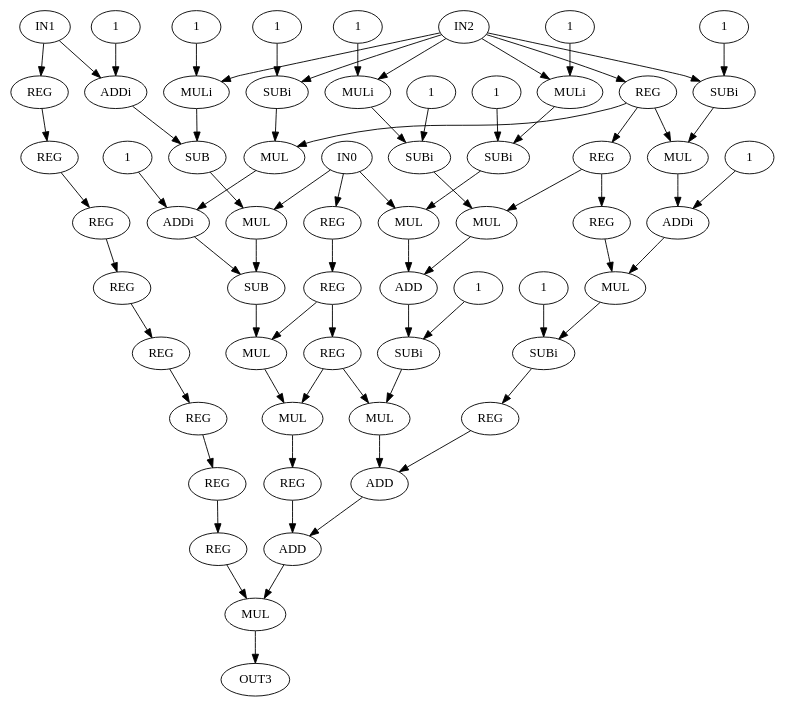
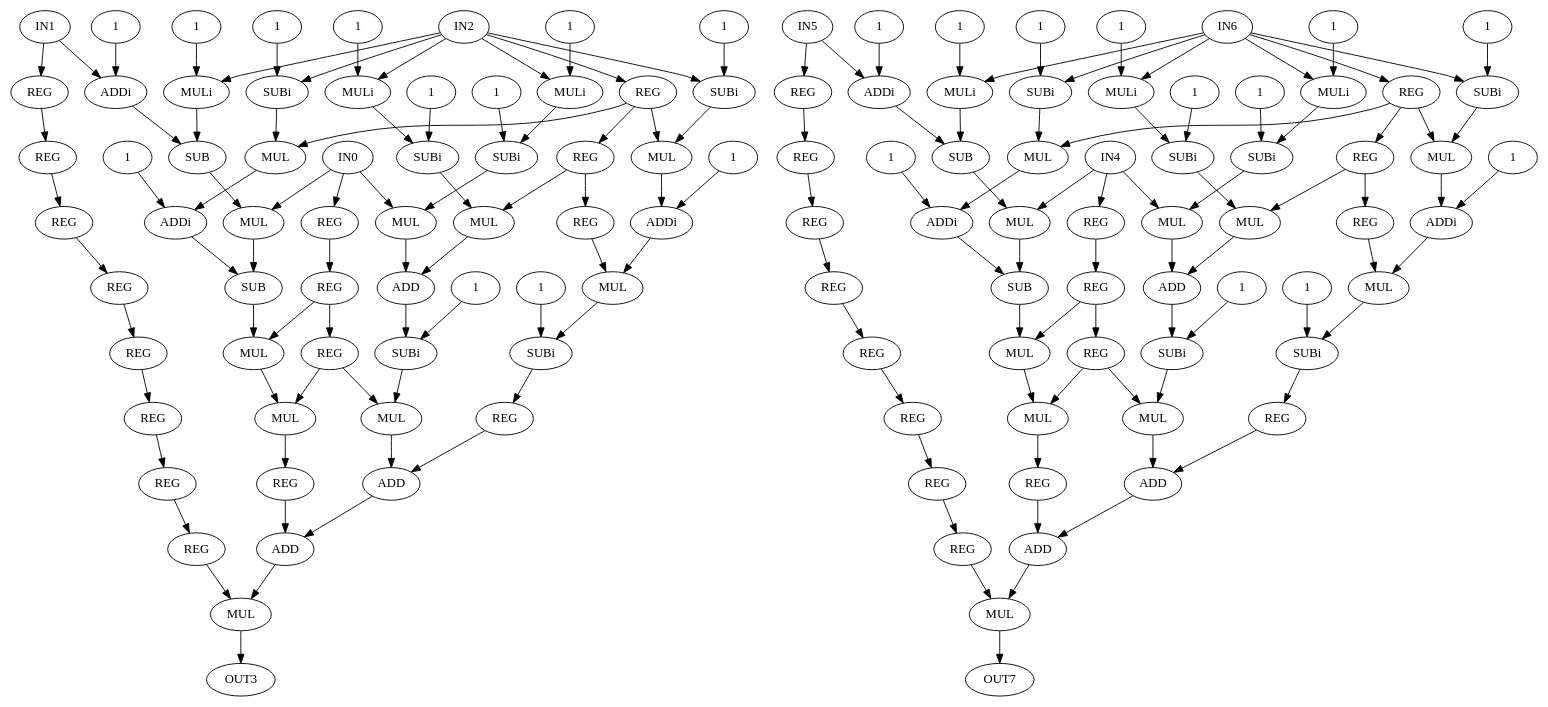
The diagram in fdam-samples/fdam-cgra-samples/cgra_128_radix8/sw/cpp/dot_dataflows/poly5.dot (lesc-ufv/fdam), drawn with Graphviz before and after one commit. The commit also changed 78 other files, not shown here.

```diff
--- a/fdam-samples/fdam-cgra-samples/cgra_128_radix8/sw/cpp/dot_dataflows/poly5.dot
+++ b/fdam-samples/fdam-cgra-samples/cgra_128_radix8/sw/cpp/dot_dataflows/poly5.dot
@@ -3,10 +3,10 @@
  1 [ label = IN1 ]
  2 [ label = IN2 ]
  3 [ label = OUT3 ]
- 4 [ label = REG]
- 5 [ label = REG]
- 6 [ label = REG]
- 7 [ label = REG]
+ 4 [ label = IN4 ]
+ 5 [ label = IN5 ]
+ 6 [ label = IN6 ]
+ 7 [ label = OUT7 ]
  8 [ label = REG]
  9 [ label = REG]
  10 [ label = REG]
@@ -17,116 +17,246 @@
  15 [ label = REG]
  16 [ label = REG]
  17 [ label = REG]
- 18 [ label = SUBi, VALUE = 1]
- "18.1"[ label = 1 ]
- 19 [ label = SUBi, VALUE = 1]
- "19.1"[ label = 1 ]
- 20 [ label = MULi, VALUE = 1]
- "20.1"[ label = 1 ]
- 21 [ label = MULi, VALUE = 1]
- "21.1"[ label = 1 ]
- 22 [ label = MULi, VALUE = 1]
+ 18 [ label = REG]
+ 19 [ label = REG]
+ 20 [ label = REG]
+ 21 [ label = REG]
+ 22 [ label = SUBi, VALUE = 1]
  "22.1"[ label = 1 ]
- 23 [ label = ADDi, VALUE = 1]
+ 23 [ label = SUBi, VALUE = 1]
  "23.1"[ label = 1 ]
- 24 [ label = MUL]
- 25 [ label = SUBi, VALUE = 1]
+ 24 [ label = MULi, VALUE = 1]
+ "24.1"[ label = 1 ]
+ 25 [ label = MULi, VALUE = 1]
  "25.1"[ label = 1 ]
- 26 [ label = SUBi, VALUE = 1]
+ 26 [ label = MULi, VALUE = 1]
  "26.1"[ label = 1 ]
- 27 [ label = MUL]
- 28 [ label = SUB]
- 29 [ label = ADDi, VALUE = 1]
+ 27 [ label = ADDi, VALUE = 1]
+ "27.1"[ label = 1 ]
+ 28 [ label = MUL]
+ 29 [ label = SUBi, VALUE = 1]
  "29.1"[ label = 1 ]
- 30 [ label = MUL]
+ 30 [ label = SUBi, VALUE = 1]
+ "30.1"[ label = 1 ]
  31 [ label = MUL]
- 32 [ label = ADDi, VALUE = 1]
- "32.1"[ label = 1 ]
- 33 [ label = MUL]
+ 32 [ label = SUB]
+ 33 [ label = ADDi, VALUE = 1]
+ "33.1"[ label = 1 ]
  34 [ label = MUL]
- 35 [ label = ADD]
- 36 [ label = SUB]
- 37 [ label = SUBi, VALUE = 1]
- "37.1"[ label = 1 ]
- 38 [ label = SUBi, VALUE = 1]
- "38.1"[ label = 1 ]
- 39 [ label = MUL]
- 40 [ label = MUL]
- 41 [ label = MUL]
- 42 [ label = REG]
- 43 [ label = REG]
- 44 [ label = ADD]
- 45 [ label = ADD]
- 46 [ label = MUL]
- 0 -> 4
- 0 -> 31
- 0 -> 33
- 1 -> 23
- 1 -> 7
- 2 -> 18
- 2 -> 20
- 2 -> 21
+ 35 [ label = MUL]
+ 36 [ label = ADDi, VALUE = 1]
+ "36.1"[ label = 1 ]
+ 37 [ label = MUL]
+ 38 [ label = MUL]
+ 39 [ label = ADD]
+ 40 [ label = SUB]
+ 41 [ label = SUBi, VALUE = 1]
+ "41.1"[ label = 1 ]
+ 42 [ label = SUBi, VALUE = 1]
+ "42.1"[ label = 1 ]
+ 43 [ label = MUL]
+ 44 [ label = MUL]
+ 45 [ label = MUL]
+ 46 [ label = REG]
+ 47 [ label = REG]
+ 48 [ label = ADD]
+ 49 [ label = ADD]
+ 50 [ label = MUL]
+ 51 [ label = REG]
+ 52 [ label = REG]
+ 53 [ label = REG]
+ 54 [ label = REG]
+ 55 [ label = REG]
+ 56 [ label = REG]
+ 57 [ label = REG]
+ 58 [ label = REG]
+ 59 [ label = REG]
+ 60 [ label = REG]
+ 61 [ label = REG]
+ 62 [ label = REG]
+ 63 [ label = REG]
+ 64 [ label = REG]
+ 65 [ label = SUBi, VALUE = 1]
+ "65.1"[ label = 1 ]
+ 66 [ label = SUBi, VALUE = 1]
+ "66.1"[ label = 1 ]
+ 67 [ label = MULi, VALUE = 1]
+ "67.1"[ label = 1 ]
+ 68 [ label = MULi, VALUE = 1]
+ "68.1"[ label = 1 ]
+ 69 [ label = MULi, VALUE = 1]
+ "69.1"[ label = 1 ]
+ 70 [ label = ADDi, VALUE = 1]
+ "70.1"[ label = 1 ]
+ 71 [ label = MUL]
+ 72 [ label = SUBi, VALUE = 1]
+ "72.1"[ label = 1 ]
+ 73 [ label = SUBi, VALUE = 1]
+ "73.1"[ label = 1 ]
+ 74 [ label = MUL]
+ 75 [ label = SUB]
+ 76 [ label = ADDi, VALUE = 1]
+ "76.1"[ label = 1 ]
+ 77 [ label = MUL]
+ 78 [ label = MUL]
+ 79 [ label = ADDi, VALUE = 1]
+ "79.1"[ label = 1 ]
+ 80 [ label = MUL]
+ 81 [ label = MUL]
+ 82 [ label = ADD]
+ 83 [ label = SUB]
+ 84 [ label = SUBi, VALUE = 1]
+ "84.1"[ label = 1 ]
+ 85 [ label = SUBi, VALUE = 1]
+ "85.1"[ label = 1 ]
+ 86 [ label = MUL]
+ 87 [ label = MUL]
+ 88 [ label = MUL]
+ 89 [ label = REG]
+ 90 [ label = REG]
+ 91 [ label = ADD]
+ 92 [ label = ADD]
+ 93 [ label = MUL]
+ 0 -> 8
+ 0 -> 35
+ 0 -> 37
+ 1 -> 27
+ 1 -> 11
+ 2 -> 22
+ 2 -> 24
+ 2 -> 25
+ 2 -> 23
+ 2 -> 26
  2 -> 19
- 2 -> 22
- 2 -> 15
- 4 -> 5
- 5 -> 39
- 5 -> 6
- 6 -> 41
- 6 -> 40
- 7 -> 8
+ 4 -> 51
+ 4 -> 78
+ 4 -> 80
+ 5 -> 70
+ 5 -> 54
+ 6 -> 65
+ 6 -> 67
+ 6 -> 68
+ 6 -> 66
+ 6 -> 69
+ 6 -> 62
  8 -> 9
+ 9 -> 43
  9 -> 10
- 10 -> 11
+ 10 -> 45
+ 10 -> 44
  11 -> 12
  12 -> 13
  13 -> 14
- 14 -> 46
- 15 -> 24
- 15 -> 27
+ 14 -> 15
  15 -> 16
- 16 -> 30
  16 -> 17
- 17 -> 34
- "18.1" -> 18
- 18 -> 24
- "19.1" -> 19
- 19 -> 27
- "20.1" -> 20
- 20 -> 25
- "21.1" -> 21
- 21 -> 26
+ 17 -> 18
+ 18 -> 50
+ 19 -> 28
+ 19 -> 31
+ 19 -> 20
+ 20 -> 34
+ 20 -> 21
+ 21 -> 38
  "22.1" -> 22
  22 -> 28
  "23.1" -> 23
- 23 -> 28
+ 23 -> 31
+ "24.1" -> 24
  24 -> 29
  "25.1" -> 25
  25 -> 30
  "26.1" -> 26
- 26 -> 31
+ 26 -> 32
+ "27.1" -> 27
  27 -> 32
  28 -> 33
  "29.1" -> 29
  29 -> 34
+ "30.1" -> 30
  30 -> 35
- 31 -> 35
- "32.1" -> 32
- 32 -> 36
- 33 -> 36
- 34 -> 37
- 35 -> 38
- 36 -> 39
- "37.1" -> 37
- 37 -> 42
- "38.1" -> 38
- 38 -> 40
- 39 -> 41
- 40 -> 44
- 41 -> 43
+ 31 -> 36
+ 32 -> 37
+ "33.1" -> 33
+ 33 -> 38
+ 34 -> 39
+ 35 -> 39
+ "36.1" -> 36
+ 36 -> 40
+ 37 -> 40
+ 38 -> 41
+ 39 -> 42
+ 40 -> 43
+ "41.1" -> 41
+ 41 -> 46
+ "42.1" -> 42
  42 -> 44
  43 -> 45
- 44 -> 45
- 45 -> 46
- 46 -> 3
+ 44 -> 48
+ 45 -> 47
+ 46 -> 48
+ 47 -> 49
+ 48 -> 49
+ 49 -> 50
+ 50 -> 3
+ 51 -> 52
+ 52 -> 86
+ 52 -> 53
+ 53 -> 88
+ 53 -> 87
+ 54 -> 55
+ 55 -> 56
+ 56 -> 57
+ 57 -> 58
+ 58 -> 59
+ 59 -> 60
+ 60 -> 61
+ 61 -> 93
+ 62 -> 71
+ 62 -> 74
+ 62 -> 63
+ 63 -> 77
+ 63 -> 64
+ 64 -> 81
+ "65.1" -> 65
+ 65 -> 71
+ "66.1" -> 66
+ 66 -> 74
+ "67.1" -> 67
+ 67 -> 72
+ "68.1" -> 68
+ 68 -> 73
+ "69.1" -> 69
+ 69 -> 75
+ "70.1" -> 70
+ 70 -> 75
+ 71 -> 76
+ "72.1" -> 72
+ 72 -> 77
+ "73.1" -> 73
+ 73 -> 78
+ 74 -> 79
+ 75 -> 80
+ "76.1" -> 76
+ 76 -> 81
+ 77 -> 82
+ 78 -> 82
+ "79.1" -> 79
+ 79 -> 83
+ 80 -> 83
+ 81 -> 84
+ 82 -> 85
+ 83 -> 86
+ "84.1" -> 84
+ 84 -> 89
+ "85.1" -> 85
+ 85 -> 87
+ 86 -> 88
+ 87 -> 91
+ 88 -> 90
+ 89 -> 91
+ 90 -> 92
+ 91 -> 92
+ 92 -> 93
+ 93 -> 7
 }
```
